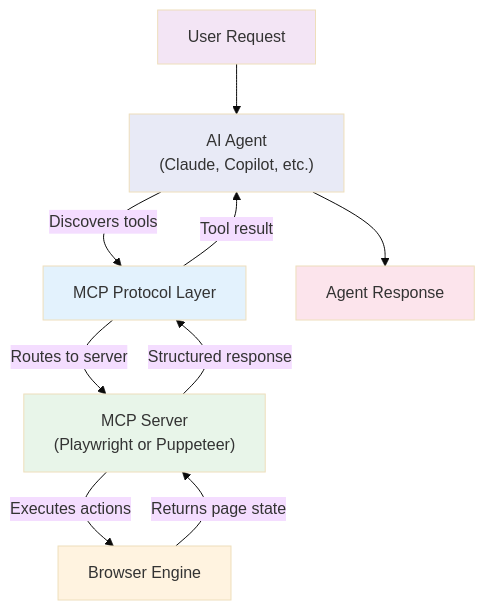
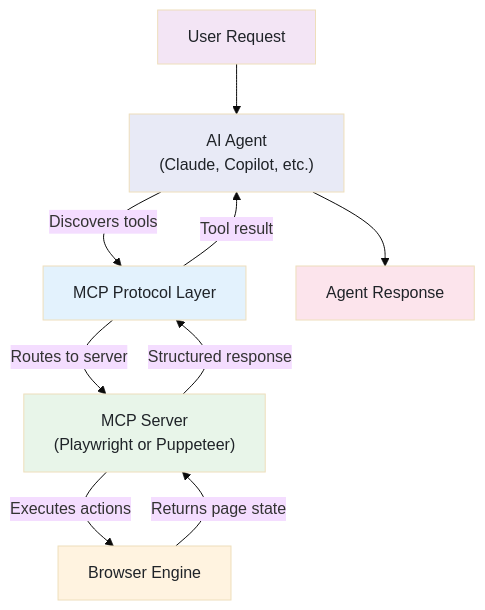
The first of 4 diagrams in _posts/2026-02-19-puppeteer-mcp-vs-playwright-mcp-model-context-protocol-browsers.md (bytetunnels/bytetunnels.github.com), drawn with Mermaid (base theme) before and after one commit. The commit also changed other lines of this file and 118 other files, not shown here.

Commit message:
feat: improve diagram styling and compact wide flowcharts

````diff
--- a/_posts/2026-02-19-puppeteer-mcp-vs-playwright-mcp-model-context-protocol-browsers.md
+++ b/_posts/2026-02-19-puppeteer-mcp-vs-playwright-mcp-model-context-protocol-browsers.md
@@ -21,18 +21,18 @@
 ```mermaid
 graph TD
     A["User Request"] --> B["AI Agent<br>(Claude, Copilot, etc.)"]
     B -->|"Discovers tools"| C["MCP Protocol Layer"]
     C -->|"Routes to server"| D["MCP Server<br>(Playwright or Puppeteer)"]
     D -->|"Executes actions"| E["Browser Engine"]
     E -->|"Returns page state"| D
     D -->|"Structured response"| C
     C -->|"Tool result"| B
     B --> F["Agent Response"]
 
-    style A fill:#f3e5f5
-    style B fill:#e8eaf6
-    style C fill:#e3f2fd
-    style D fill:#e8f5e9
-    style E fill:#fff3e0
-    style F fill:#fce4ec
+    style A fill:#f3e5f5,color:#1f2328
+    style B fill:#e8eaf6,color:#1f2328
+    style C fill:#e3f2fd,color:#1f2328
+    style D fill:#e8f5e9,color:#1f2328
+    style E fill:#fff3e0,color:#1f2328
+    style F fill:#fce4ec,color:#1f2328
 ```
````
